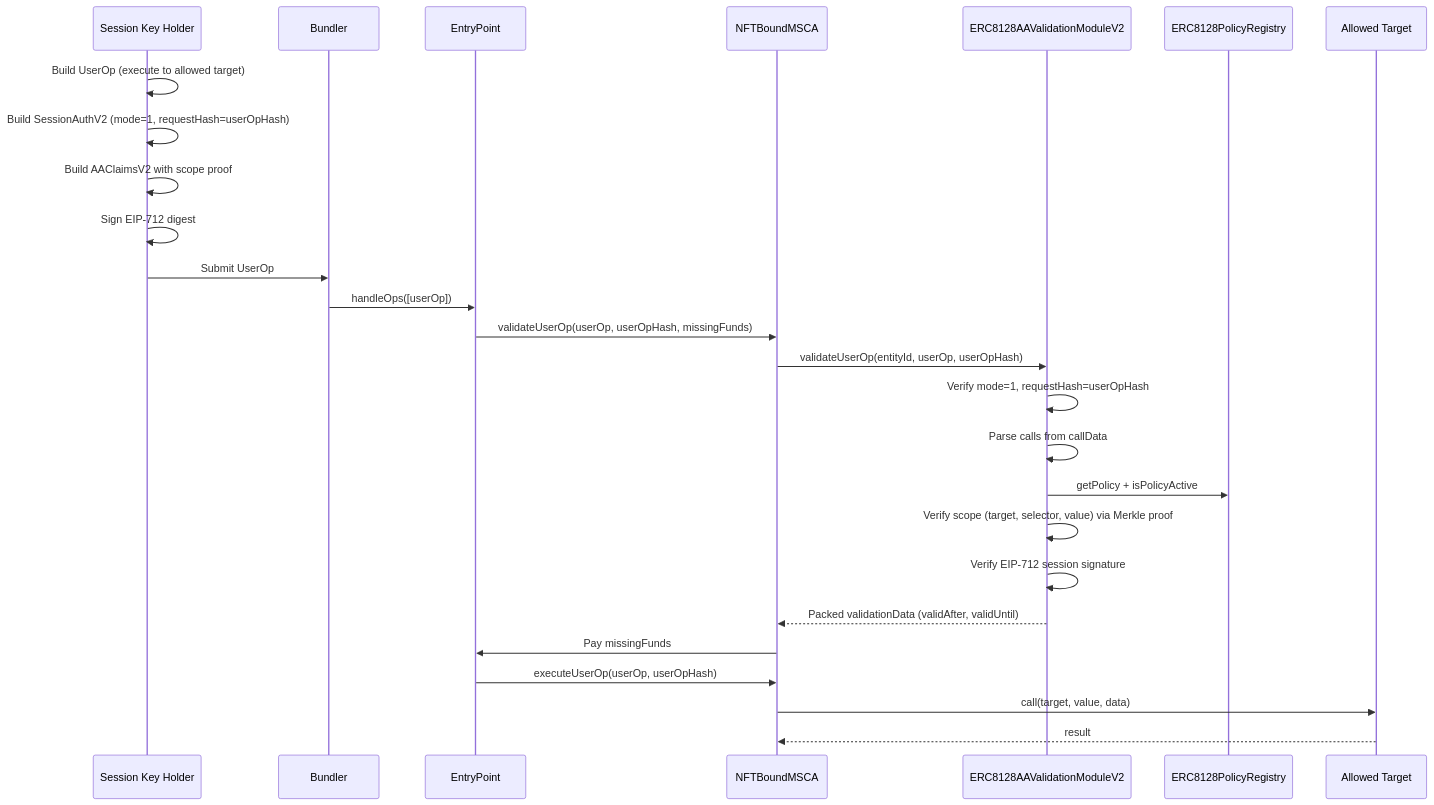
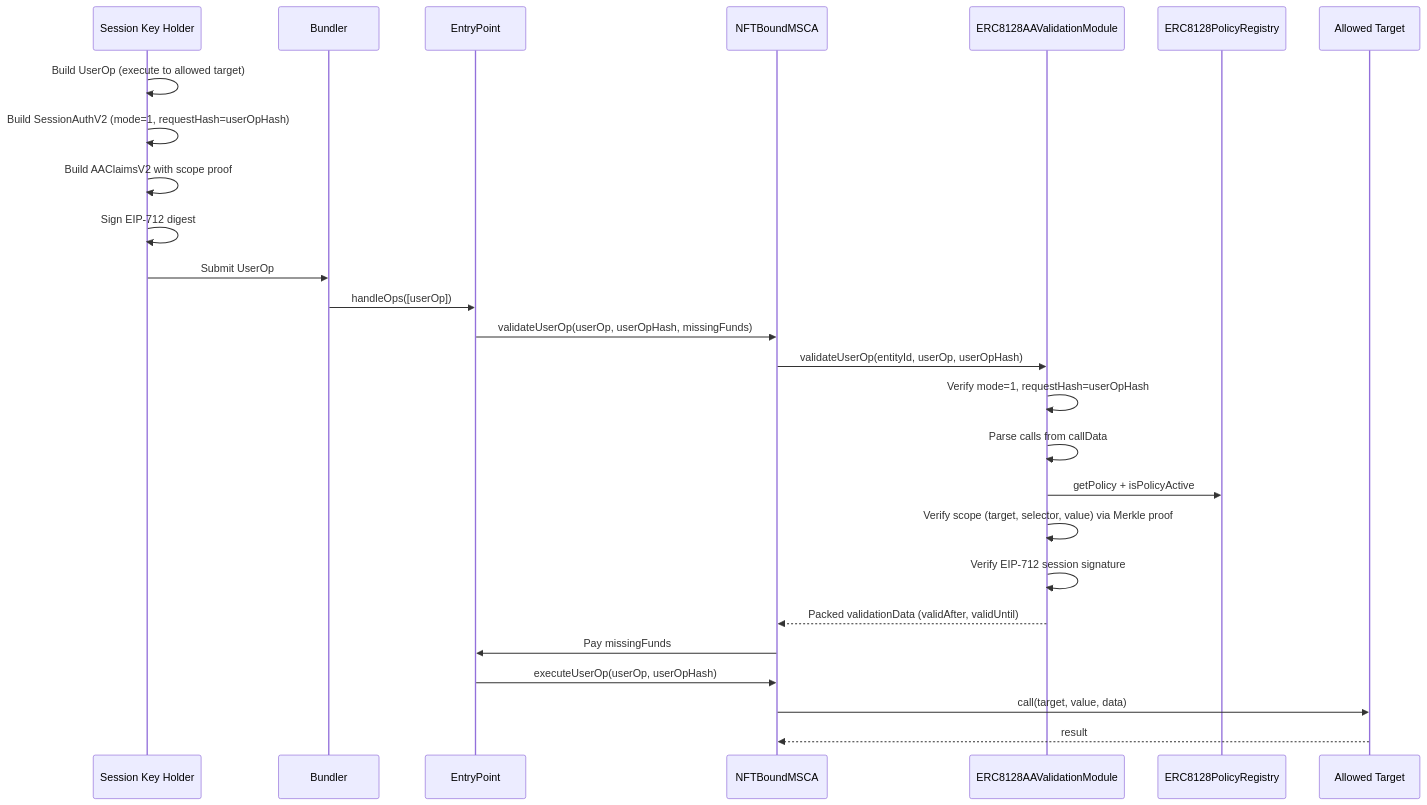
One commit to EqualFiLabs/agent-wallet-core changed diagram 31 of 32 in docs/Agent-Wallet-Core-Architecture.md. Above: the diagram before and after it, drawn with Mermaid. The commit also changed other lines of this file and 16 other files, not shown here.

````diff
--- a/docs/Agent-Wallet-Core-Architecture.md
+++ b/docs/Agent-Wallet-Core-Architecture.md
@@ -1254,31 +1258,31 @@
 ```mermaid
 sequenceDiagram
     participant SessionKey as Session Key Holder
     participant Bundler as Bundler
     participant EP as EntryPoint
     participant SCA as NFTBoundMSCA
-    participant AAMod as ERC8128AAValidationModuleV2
+    participant AAMod as ERC8128AAValidationModule
     participant Registry as ERC8128PolicyRegistry
     participant Target as Allowed Target
 
     SessionKey->>SessionKey: Build UserOp (execute to allowed target)
     SessionKey->>SessionKey: Build SessionAuthV2 (mode=1, requestHash=userOpHash)
     SessionKey->>SessionKey: Build AAClaimsV2 with scope proof
     SessionKey->>SessionKey: Sign EIP-712 digest
     SessionKey->>Bundler: Submit UserOp
 
     Bundler->>EP: handleOps([userOp])
     EP->>SCA: validateUserOp(userOp, userOpHash, missingFunds)
     SCA->>AAMod: validateUserOp(entityId, userOp, userOpHash)
     AAMod->>AAMod: Verify mode=1, requestHash=userOpHash
     AAMod->>AAMod: Parse calls from callData
     AAMod->>Registry: getPolicy + isPolicyActive
     AAMod->>AAMod: Verify scope (target, selector, value) via Merkle proof
     AAMod->>AAMod: Verify EIP-712 session signature
     AAMod-->>SCA: Packed validationData (validAfter, validUntil)
     SCA->>EP: Pay missingFunds
 
     EP->>SCA: executeUserOp(userOp, userOpHash)
     SCA->>Target: call(target, value, data)
     Target-->>SCA: result
 ```
````
